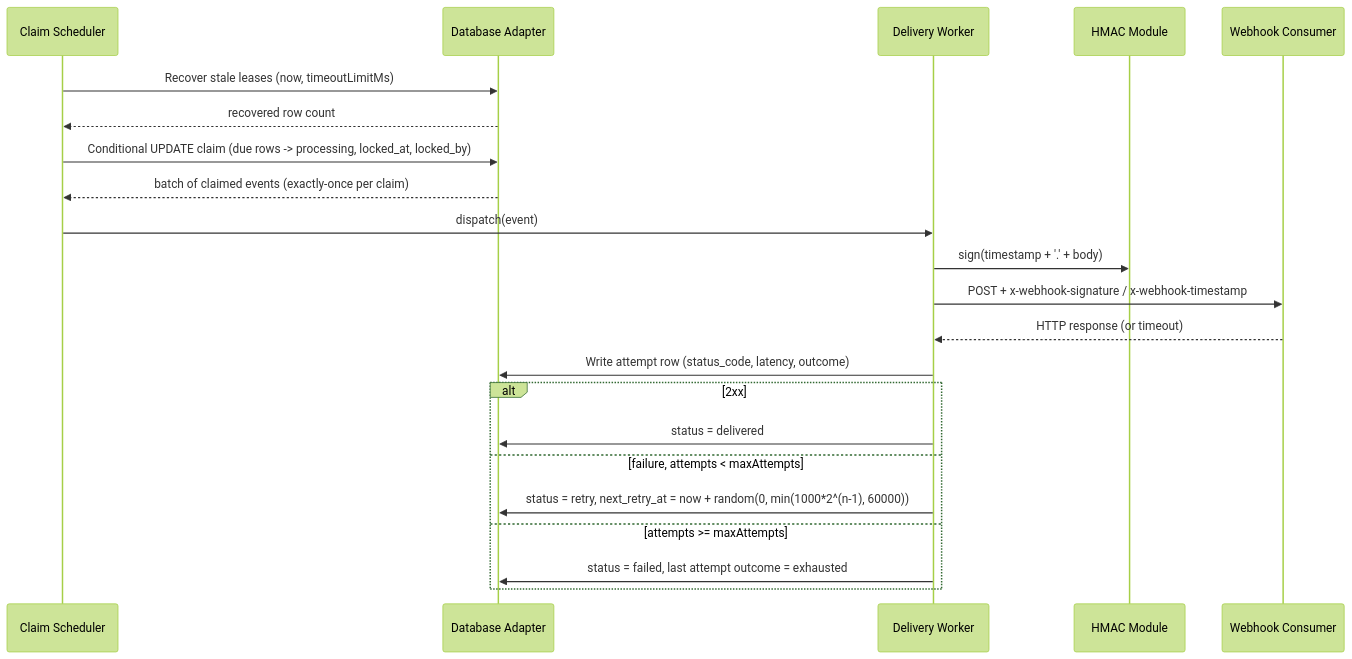
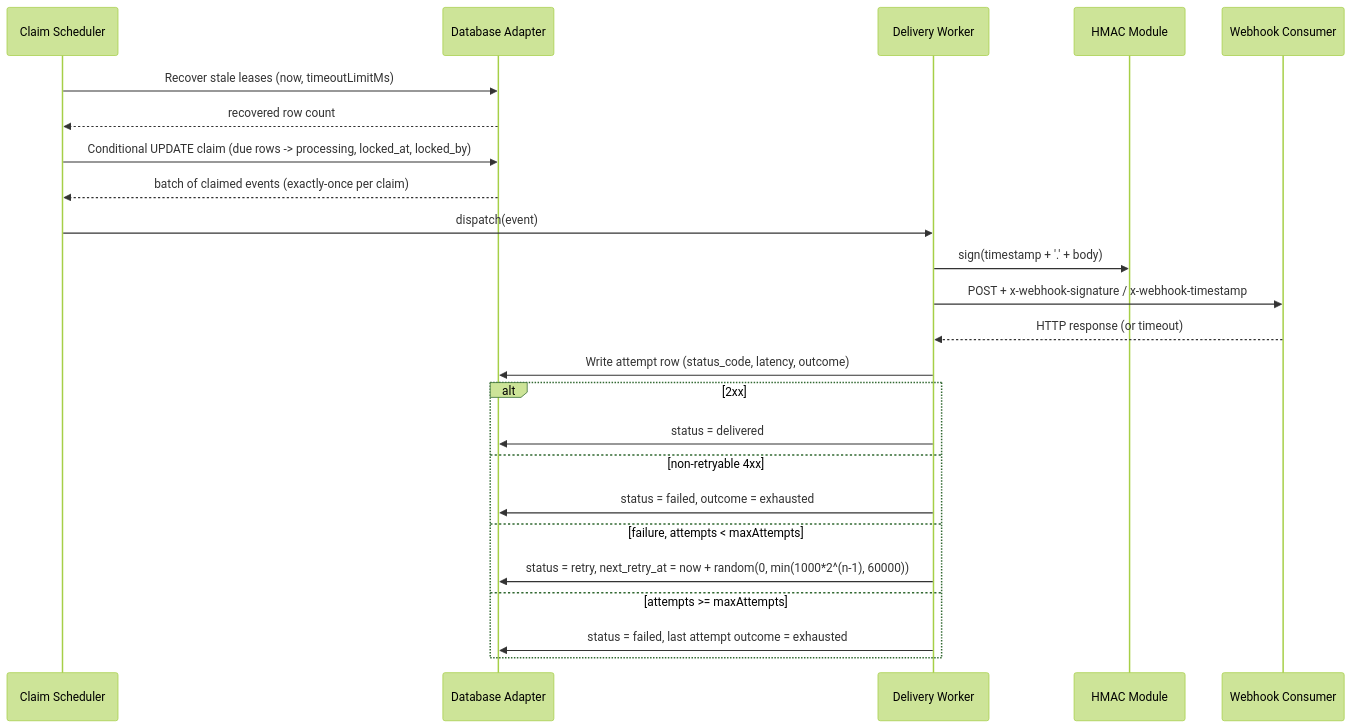
Before and after one commit to hamidjavadi/webhook-delivery-engine: the third of 3 diagrams in docs/02-design/SDD.md, drawn with Mermaid (forest theme). The commit also changed other lines of this file and 14 other files, not shown here.

````diff
--- a/docs/02-design/SDD.md
+++ b/docs/02-design/SDD.md
@@ -293,24 +293,26 @@
 ```mermaid
 sequenceDiagram
     participant Sched as Claim Scheduler
     participant DB as Database Adapter
     participant Work as Delivery Worker
     participant HMAC as HMAC Module
     participant Cons as Webhook Consumer
     Sched->>DB: Recover stale leases (now, timeoutLimitMs)
     DB-->>Sched: recovered row count
     Sched->>DB: Conditional UPDATE claim (due rows -> processing, locked_at, locked_by)
     DB-->>Sched: batch of claimed events (exactly-once per claim)
     Sched->>Work: dispatch(event)
     Work->>HMAC: sign(timestamp + '.' + body)
     Work->>Cons: POST + x-webhook-signature / x-webhook-timestamp
     Cons-->>Work: HTTP response (or timeout)
     Work->>DB: Write attempt row (status_code, latency, outcome)
     alt 2xx
         Work->>DB: status = delivered
+    else non-retryable 4xx
+        Work->>DB: status = failed, outcome = exhausted
     else failure, attempts < maxAttempts
         Work->>DB: status = retry, next_retry_at = now + random(0, min(1000*2^(n-1), 60000))
     else attempts >= maxAttempts
         Work->>DB: status = failed, last attempt outcome = exhausted
     end
 ```
````
